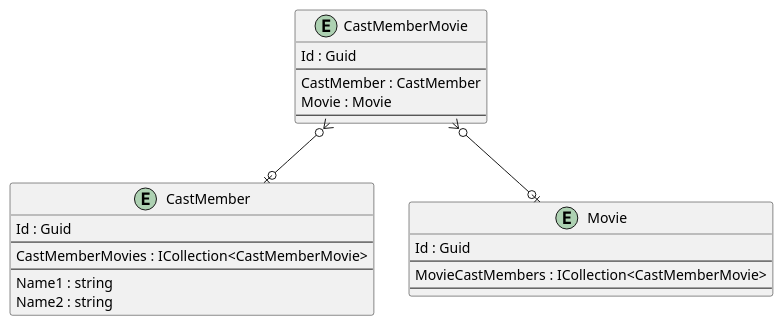
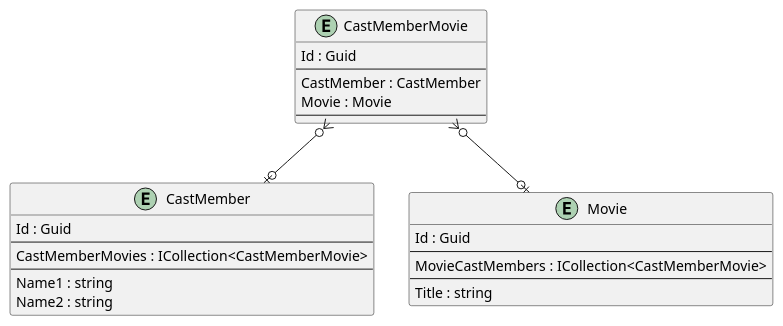
One commit to intrepion/BlazorWebAppMovies changed the diagram in .docs/BlazorWebAppMovies.pu. Above: the diagram before and after it, drawn with PlantUML.

Commit message:
gawk -i inplace "{ gsub(/' MoviePropertyCodePlaceholder/, \"Title : string\n\ \ \ \ ' MoviePropertyCodePlaceholder\") }; { print }" .docs/BlazorWebAppMovies.pu

```diff
--- a/.docs/BlazorWebAppMovies.pu
+++ b/.docs/BlazorWebAppMovies.pu
@@ -1,39 +1,40 @@
 @startuml
 
 entity CastMember {
     Id : Guid
     --
     CastMemberMovies : ICollection<CastMemberMovie>
     ' CastMemberKeyCodePlaceholder
     --
     Name1 : string
     Name2 : string
     ' CastMemberPropertyCodePlaceholder
 }
 
 entity CastMemberMovie {
     Id : Guid
     --
     CastMember : CastMember
     Movie : Movie
     ' CastMemberMovieKeyCodePlaceholder
     --
     ' CastMemberMoviePropertyCodePlaceholder
 }
 
 entity Movie {
     Id : Guid
     --
     MovieCastMembers : ICollection<CastMemberMovie>
     ' MovieKeyCodePlaceholder
     --
+    Title : string
     ' MoviePropertyCodePlaceholder
 }
 
 ' EntityCodePlaceholder
 
 CastMemberMovie }o--o| CastMember
 CastMemberMovie }o--o| Movie
 ' RelationshipCodePlaceholder
 
 @enduml
```
